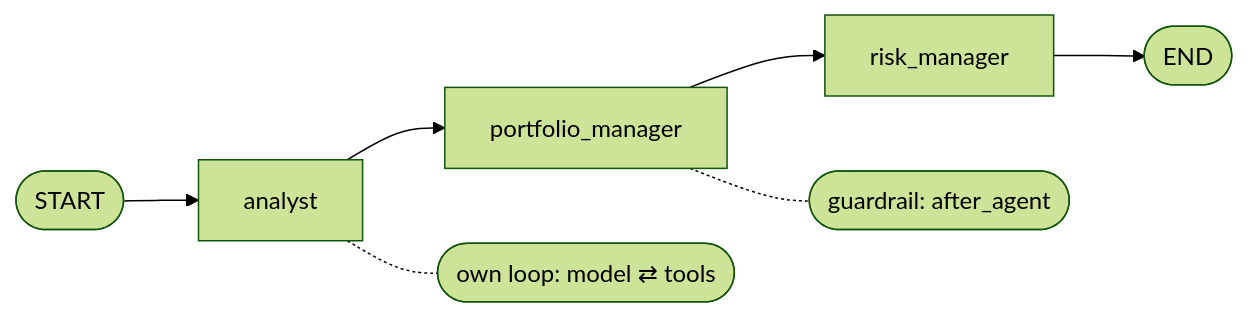
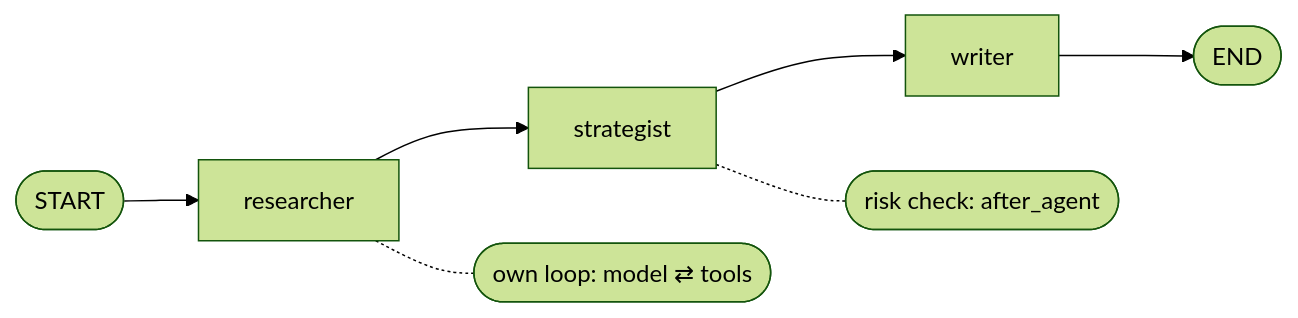
Before and after one commit to jacopomanenti01/hackathon-notes: the diagram in content/LangChain/Workflow in LangChain.md, drawn with Mermaid (forest theme). The commit also changed other lines of this file and 18 other files, not shown here.

````diff
--- a/content/LangChain/Workflow in LangChain.md
+++ b/content/LangChain/Workflow in LangChain.md
@@ -23,6 +20,6 @@
 ```mermaid
 flowchart LR
-    S([START]) --> A["analyst"] --> P["portfolio_manager"] --> R["risk_manager"] --> E([END])
-    A -.- A1(["own loop: model ⇄ tools"])
-    P -.- P1(["guardrail: after_agent"])
+    S([START]) --> R["researcher"] --> P["strategist"] --> W["writer"] --> E([END])
+    R -.- R1(["own loop: model ⇄ tools"])
+    P -.- P1(["risk check: after_agent"])
 ```
````
